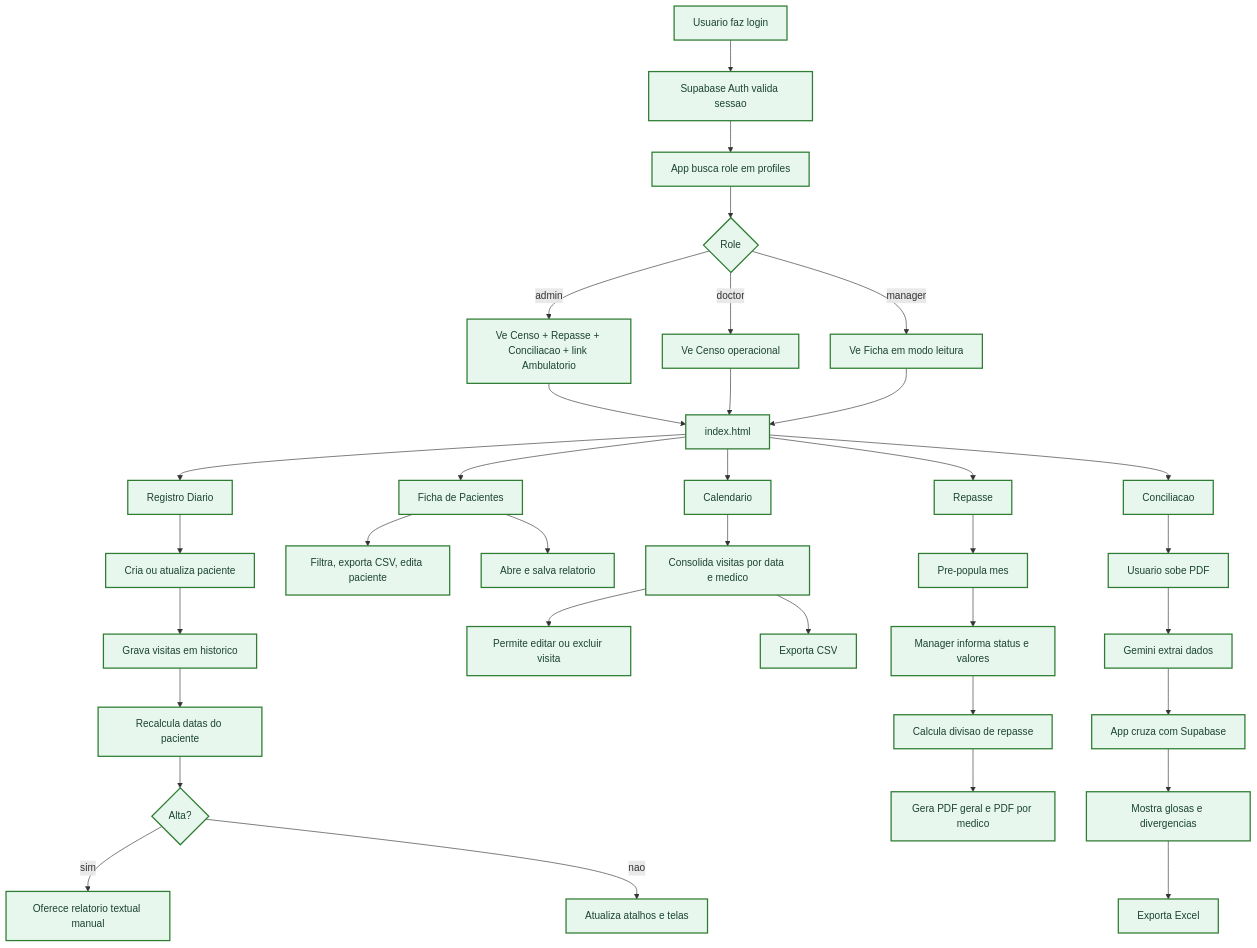
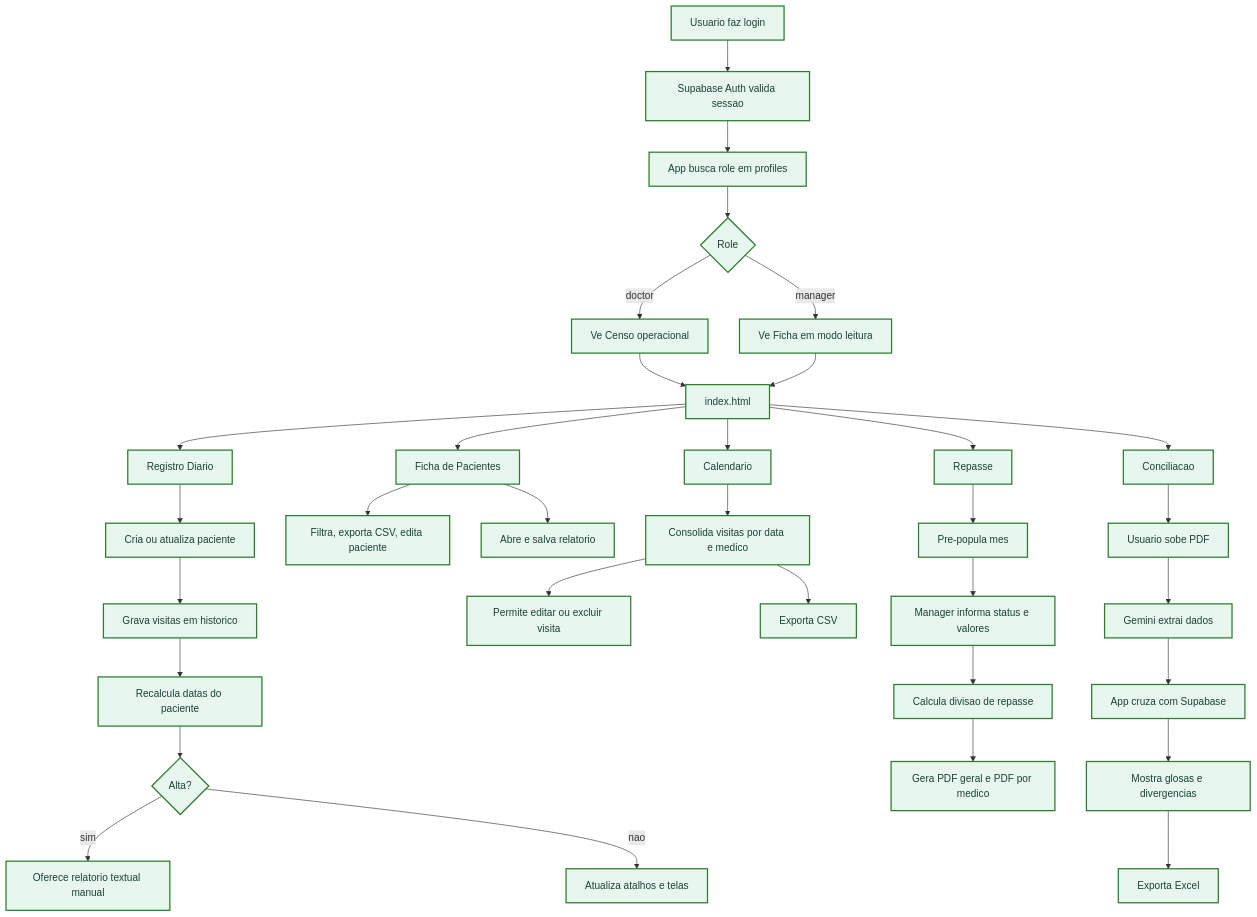
Before and after one commit to igorgcampana/app-hosp: the second of 4 diagrams in docs/fluxograma-funcionamento-apphosp.md, drawn with Mermaid. The commit also changed other lines of this file and 1 other file, not shown here.

````diff
--- a/docs/fluxograma-funcionamento-apphosp.md
+++ b/docs/fluxograma-funcionamento-apphosp.md
@@ -46,49 +43,47 @@
 ```mermaid
 flowchart TD
     classDef atual fill:#e8f7ee,stroke:#2e7d32,color:#1b4332,stroke-width:2px;
 
     A[Usuario faz login] --> B[Supabase Auth valida sessao]
     B --> C[App busca role em profiles]
     C --> D{Role}
 
-    D -->|admin| E[Ve Censo + Repasse + Conciliacao + link Ambulatorio]
-    D -->|doctor| F[Ve Censo operacional]
-    D -->|manager| G[Ve Ficha em modo leitura]
+    D -->|doctor| E[Ve Censo operacional]
+    D -->|manager| F[Ve Ficha em modo leitura]
 
     E --> H[index.html]
     F --> H
-    G --> H
 
     H --> I[Registro Diario]
     H --> J[Ficha de Pacientes]
     H --> K[Calendario]
     H --> L[Repasse]
     H --> M[Conciliacao]
 
     I --> I1[Cria ou atualiza paciente]
     I1 --> I2[Grava visitas em historico]
     I2 --> I3[Recalcula datas do paciente]
     I3 --> I4{Alta?}
     I4 -->|sim| I5[Oferece relatorio textual manual]
     I4 -->|nao| I6[Atualiza atalhos e telas]
 
     J --> J1[Filtra, exporta CSV, edita paciente]
     J --> J2[Abre e salva relatorio]
 
     K --> K1[Consolida visitas por data e medico]
     K1 --> K2[Permite editar ou excluir visita]
     K1 --> K3[Exporta CSV]
 
     L --> L1[Pre-popula mes]
     L1 --> L2[Manager informa status e valores]
     L2 --> L3[Calcula divisao de repasse]
     L3 --> L4[Gera PDF geral e PDF por medico]
 
     M --> M1[Usuario sobe PDF]
     M1 --> M2[Gemini extrai dados]
     M2 --> M3[App cruza com Supabase]
     M3 --> M4[Mostra glosas e divergencias]
     M4 --> M5[Exporta Excel]
 
-    class A,B,C,D,E,F,G,H,I,I1,I2,I3,I4,I5,I6,J,J1,J2,K,K1,K2,K3,L,L1,L2,L3,L4,M,M1,M2,M3,M4,M5 atual;
+    class A,B,C,D,E,F,H,I,I1,I2,I3,I4,I5,I6,J,J1,J2,K,K1,K2,K3,L,L1,L2,L3,L4,M,M1,M2,M3,M4,M5 atual;
 ```
````
